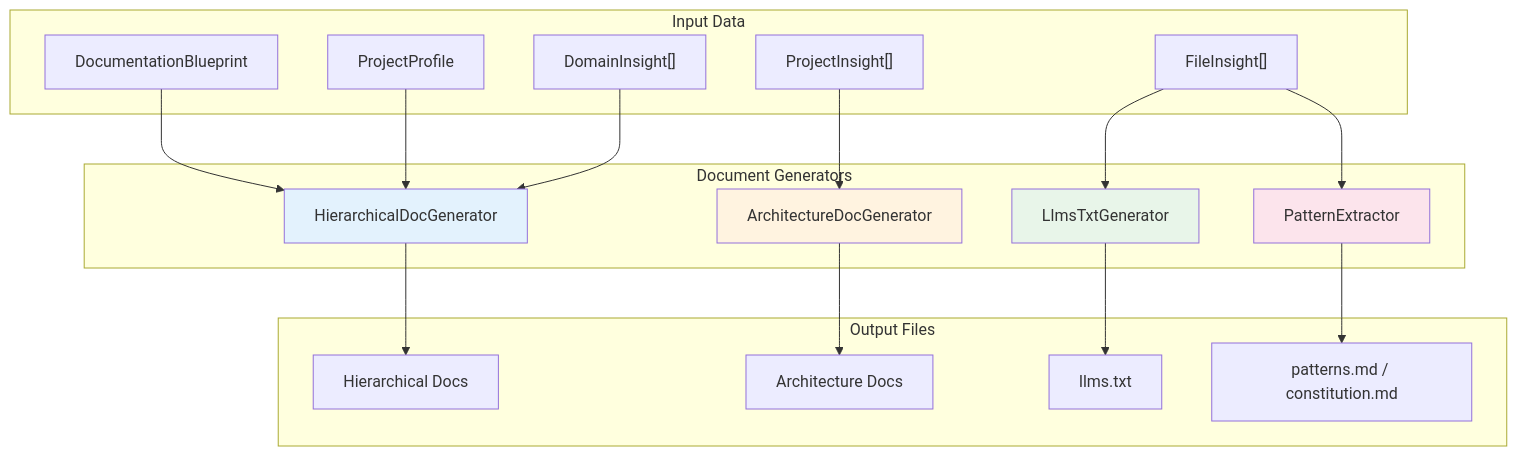
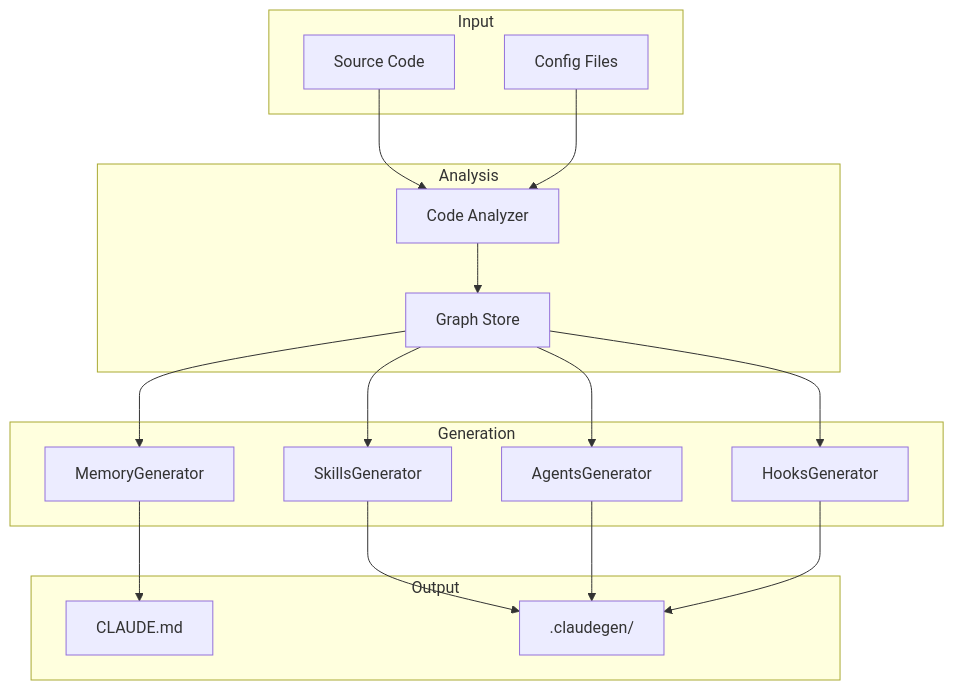
Before and after one commit to junyeong-ai/weavewiki: the diagram in ARCHITECTURE.en.md, drawn with Mermaid. The commit also changed other lines of this file and 202 other files, not shown here.

````diff
--- a/ARCHITECTURE.en.md
+++ b/ARCHITECTURE.en.md
@@ -463,41 +11,36 @@
 ```mermaid
 flowchart TB
-    subgraph Input["Input Data"]
-        BP[DocumentationBlueprint]
-        PP[ProjectProfile]
-        DI["DomainInsight[]"]
-        PI["ProjectInsight[]"]
-        FI["FileInsight[]"]
+    subgraph Input["Input"]
+        SC[Source Code]
+        CFG[Config Files]
     end
 
-    subgraph Generators["Document Generators"]
-        HG[HierarchicalDocGenerator]
-        AG[ArchitectureDocGenerator]
-        LG[LlmsTxtGenerator]
-        PG[PatternExtractor]
+    subgraph Analysis["Analysis"]
+        AN[Code Analyzer]
+        GS[Graph Store]
     end
 
-    subgraph Output["Output Files"]
-        H1[Hierarchical Docs]
-        H2[Architecture Docs]
-        H3[llms.txt]
-        H4[patterns.md / constitution.md]
+    subgraph Generation["Generation"]
+        MG[MemoryGenerator]
+        SG[SkillsGenerator]
+        AG[AgentsGenerator]
+        HG[HooksGenerator]
     end
 
-    BP --> HG
-    PP --> HG
-    DI --> HG
-    PI --> AG
-    FI --> LG
-    FI --> PG
+    subgraph Output["Output"]
+        CM[CLAUDE.md]
+        PD[.claudegen/]
+    end
 
-    HG --> H1
-    AG --> H2
-    LG --> H3
-    PG --> H4
-
-    style HG fill:#e3f2fd
-    style AG fill:#fff3e0
-    style LG fill:#e8f5e9
-    style PG fill:#fce4ec
+    SC --> AN
+    CFG --> AN
+    AN --> GS
+    GS --> MG
+    GS --> SG
+    GS --> AG
+    GS --> HG
+    MG --> CM
+    SG --> PD
+    AG --> PD
+    HG --> PD
 ```
````
